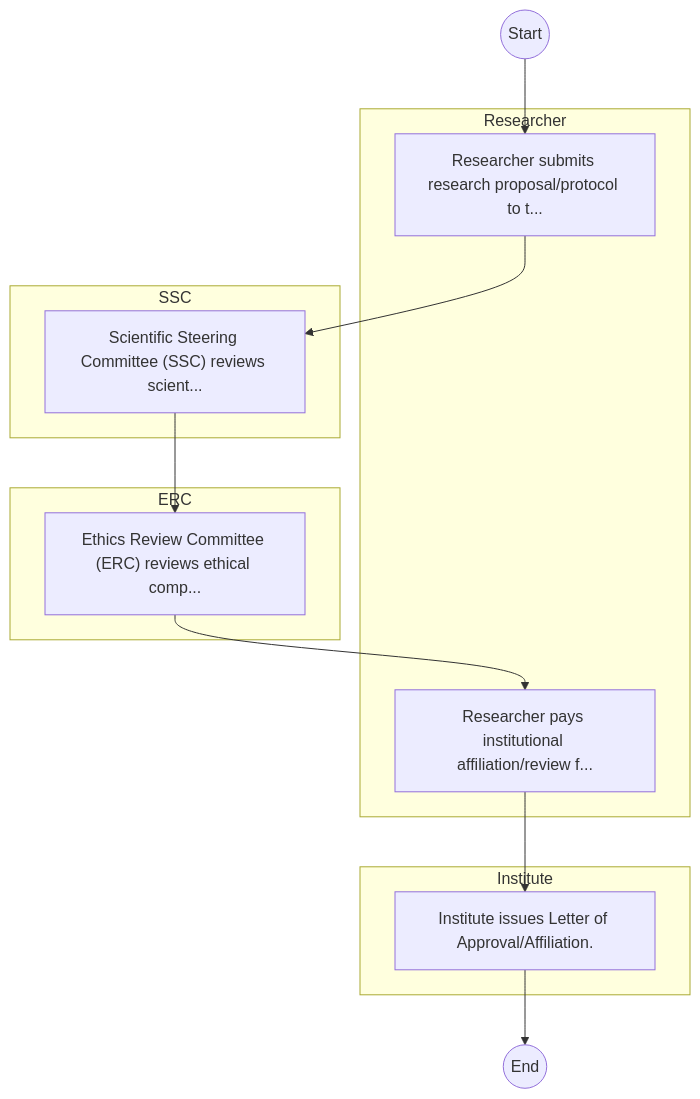
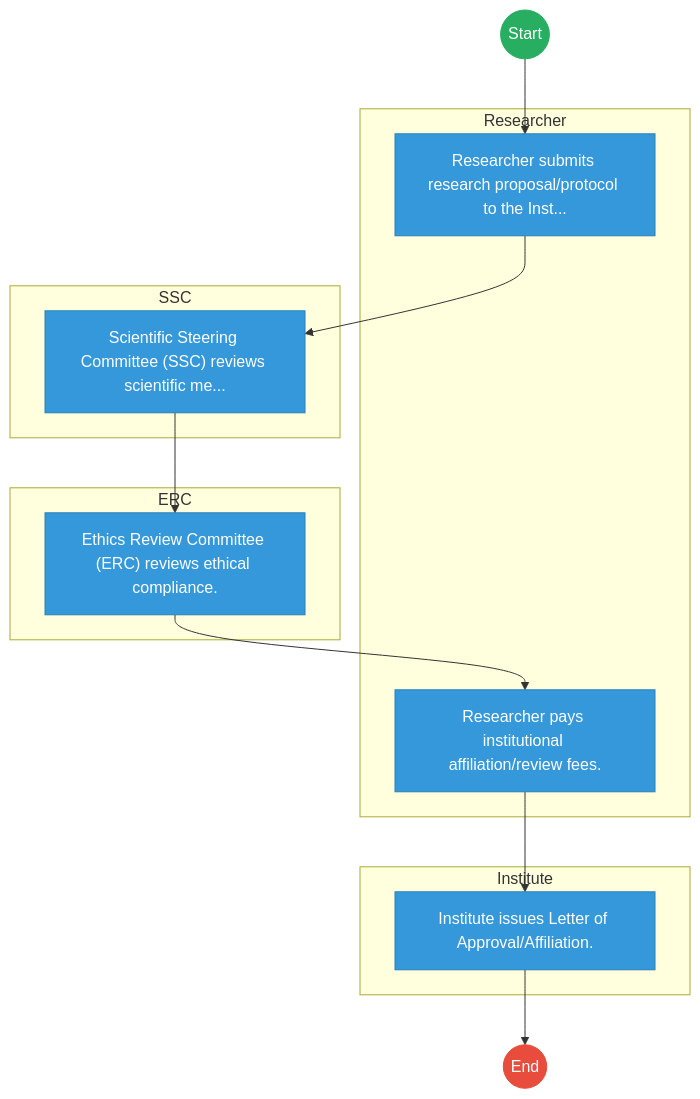
Before and after one commit to BITZ-IT-Consulting-LTD/ictapoc: the first of 2 diagrams in mdas/docs_final/Kenya_Agricultural_and_Livestock_Research_Organization___Service_Delivery.md, drawn with Mermaid. The commit also changed other lines of this file and 461 other files, not shown here.

````diff
--- a/mdas/docs_final/Kenya_Agricultural_and_Livestock_Research_Organization___Service_Delivery.md
+++ b/mdas/docs_final/Kenya_Agricultural_and_Livestock_Research_Organization___Service_Delivery.md
@@ -20,22 +20,35 @@
 ```mermaid
 graph TD
     Start((Start)) --> S1
+
     subgraph Researcher [Researcher]
-        S1["Researcher submits research proposal/protocol to t..."]
-        S4["Researcher pays institutional affiliation/review f..."]
+        S1["Researcher submits research proposal/protocol to the Inst..."]
+        S4["Researcher pays institutional affiliation/review fees."]
     end
+
     subgraph SSC [SSC]
-        S2["Scientific Steering Committee (SSC) reviews scient..."]
+        S2["Scientific Steering Committee (SSC) reviews scientific me..."]
     end
+
     subgraph ERC [ERC]
-        S3["Ethics Review Committee (ERC) reviews ethical comp..."]
+        S3["Ethics Review Committee (ERC) reviews ethical compliance."]
     end
+
     subgraph Institute [Institute]
         S5["Institute issues Letter of Approval/Affiliation."]
     end
     S1 --> S2
     S2 --> S3
     S3 --> S4
     S4 --> S5
     S5 --> End((End))
+
+    classDef start fill:#27ae60,stroke:#27ae60,color:#fff;
+    classDef endNode fill:#e74c3c,stroke:#e74c3c,color:#fff;
+    classDef userTask fill:#3498db,stroke:#2980b9,color:#fff;
+    classDef serviceTask fill:#9b59b6,stroke:#8e44ad,color:#fff;
+
+    class Start start;
+    class End endNode;
+    class S1,S2,S3,S4,S5 userTask;
 ```
````
